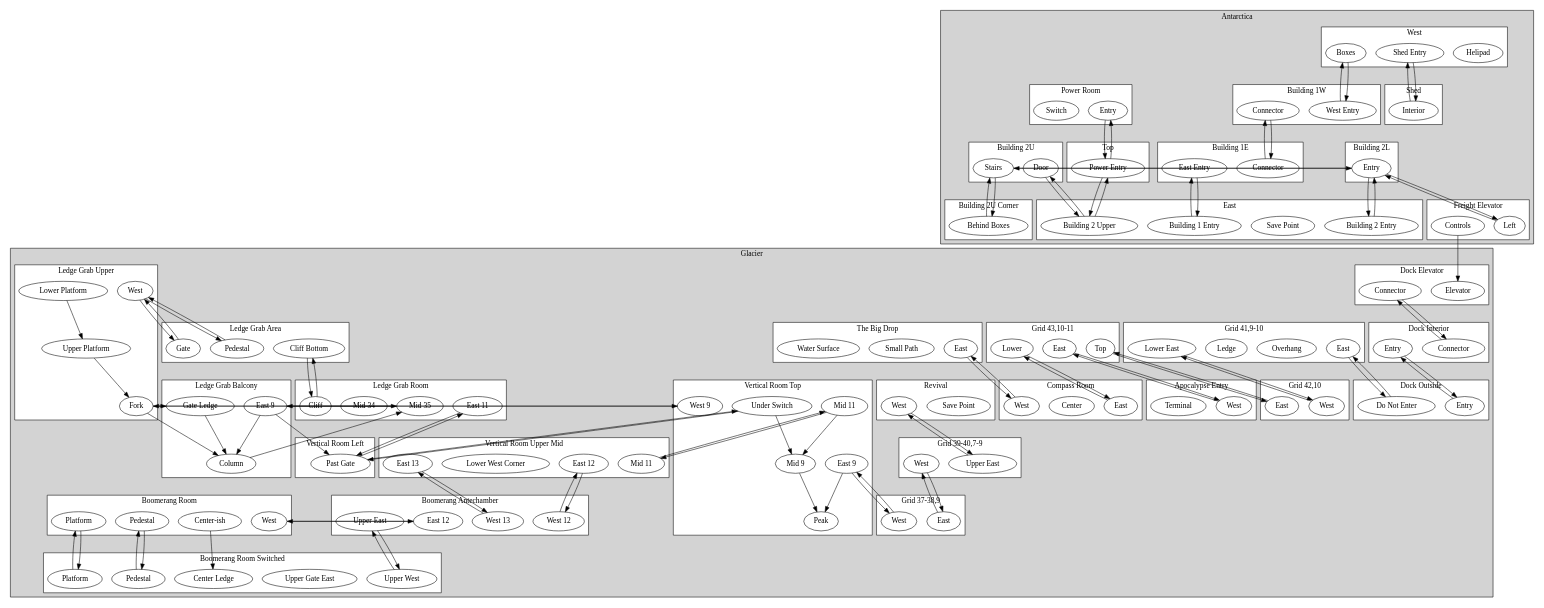
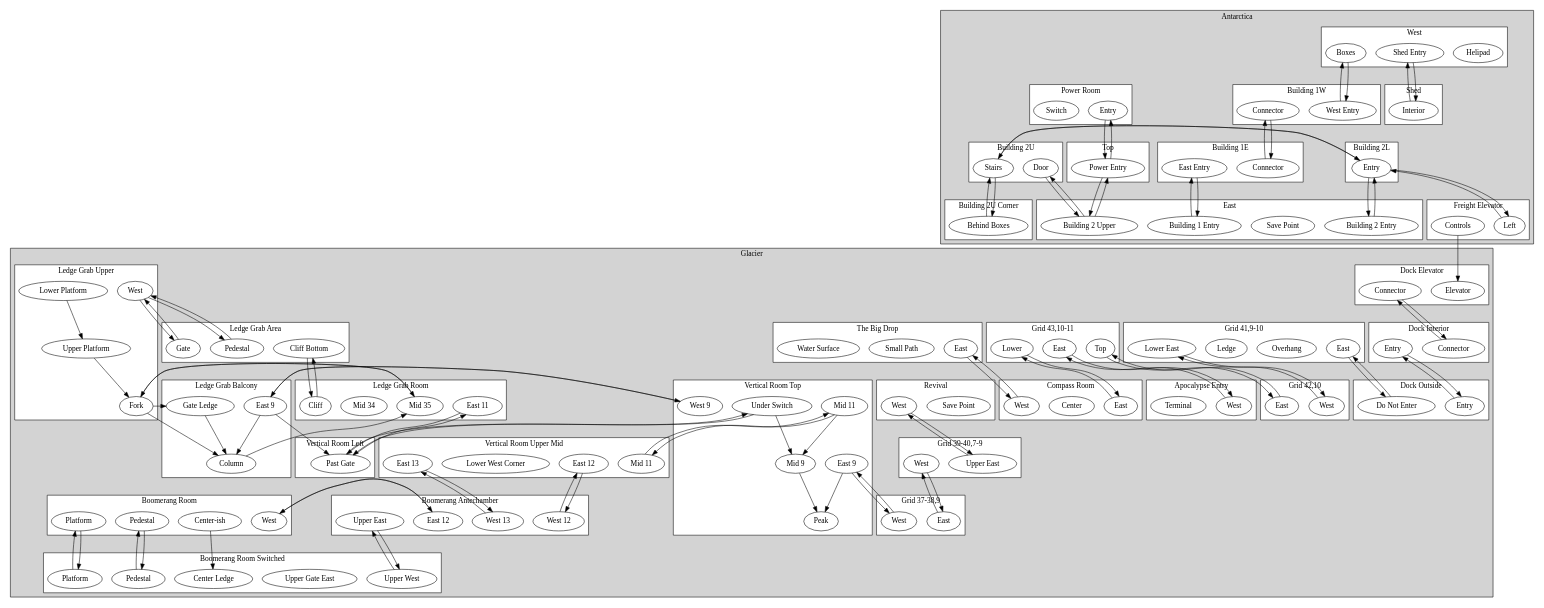
Before and after one commit to Zannick/logic-graph: the diagram in games/AxiomVerge2/data/digraph.dot, drawn with Graphviz. The commit also changed 4 other files, not shown here.

Commit message:
Mermaid tweaks (fixes #21)

```diff
--- a/games/AxiomVerge2/data/digraph.dot
+++ b/games/AxiomVerge2/data/digraph.dot
@@ -1,5 +1,4 @@
 digraph AxiomVerge2 {
-    splines=line;
     ranksep=1.0;
     subgraph cluster_Antarctica {
         subgraph cluster_Antarctica__West {
```
